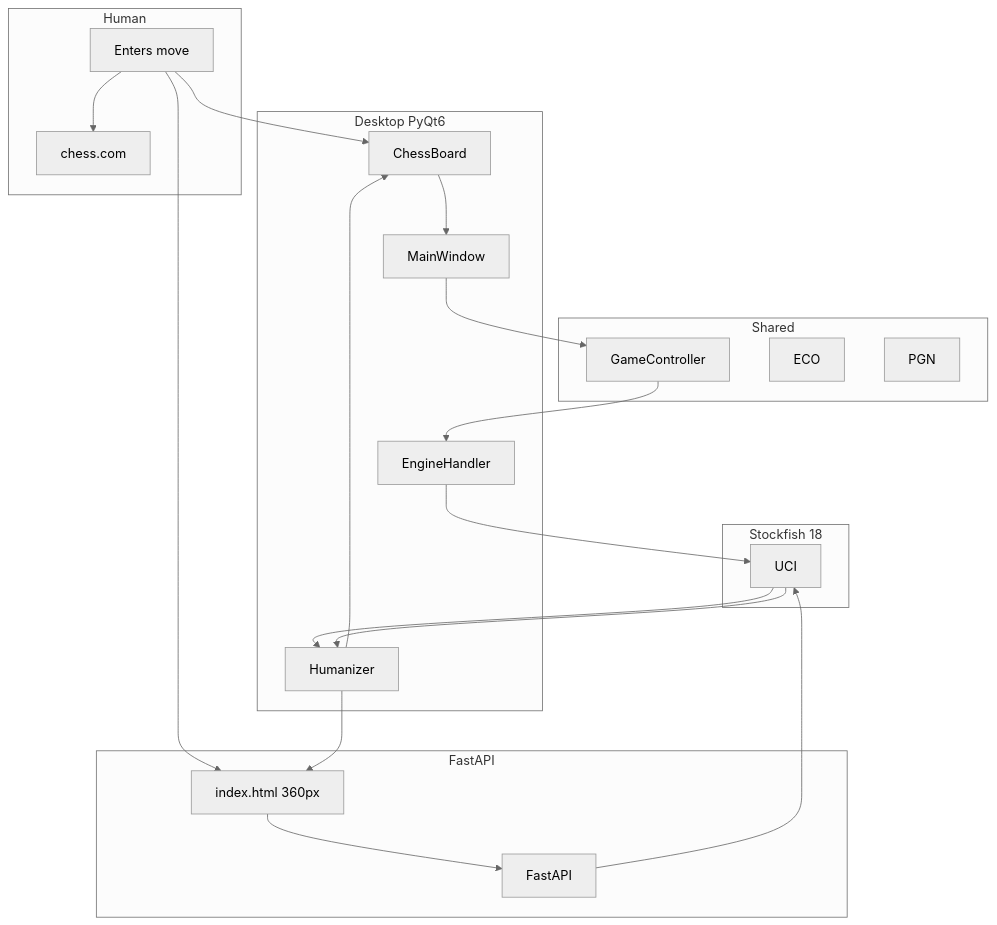
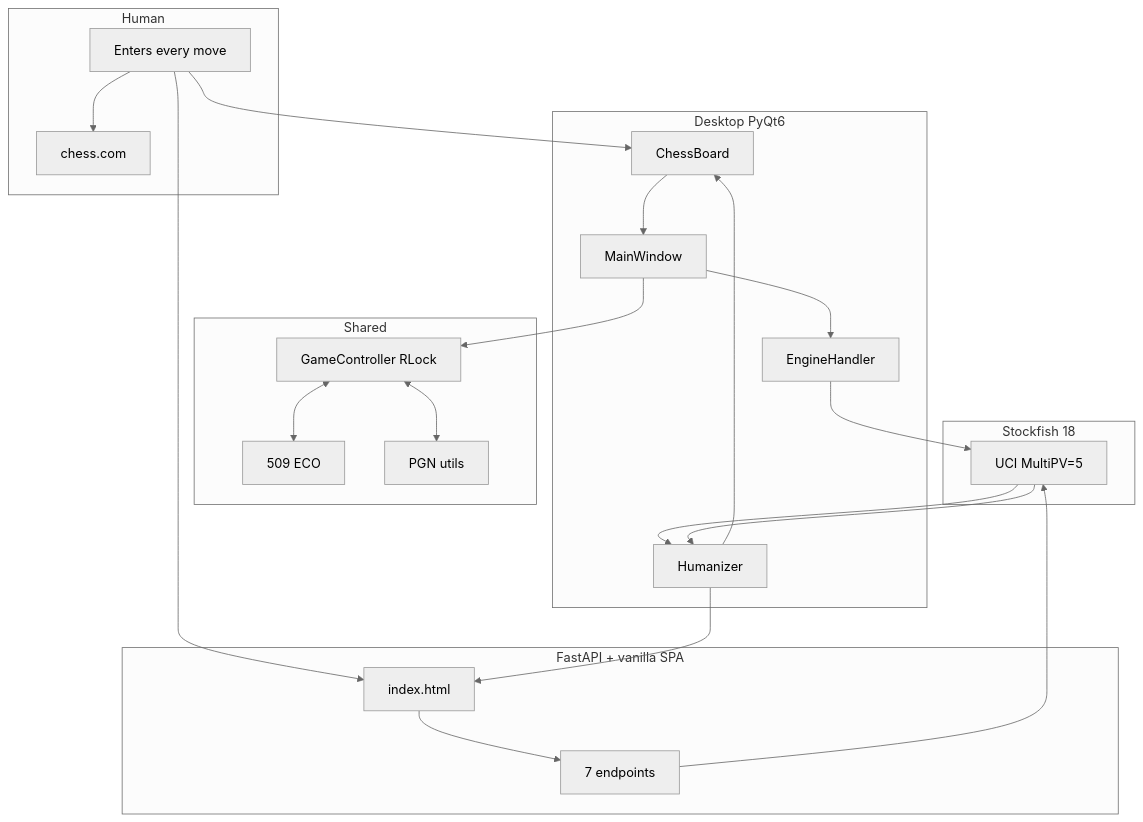
One commit to krsnaSuraj/chess-coach changed the first of 2 diagrams in ARCHITECTURE.md. Above: the diagram before and after it, drawn with Mermaid (neutral theme). The commit also changed other lines of this file and 38 other files, not shown here.

Commit message:
v0.1.1 major upgrade: stability, modes, pin-to-top, vanilla SPA, render fixes, drag-grab, UI gating, history preview, 194 tests, docs

````diff
--- a/ARCHITECTURE.md
+++ b/ARCHITECTURE.md
@@ -43,30 +51,33 @@
 ```mermaid
 graph TB
     subgraph User[Human]
         B[chess.com]
-        M[Enters move]
+        M[Enters every move]
     end
     subgraph Desktop[Desktop PyQt6]
         CB[ChessBoard]
         MW[MainWindow]
         EH[EngineHandler]
         HZ[Humanizer]
     end
-    subgraph Web[FastAPI]
-        FE[index.html 360px]
-        API[FastAPI]
+    subgraph Web[FastAPI + vanilla SPA]
+        FE[index.html]
+        API[7 endpoints]
     end
     subgraph Core[Shared]
-        GC[GameController]
-        ECO[ECO]
-        PGN[PGN]
+        GC[GameController RLock]
+        ECO[509 ECO]
+        PGN[PGN utils]
     end
     subgraph Engine[Stockfish 18]
-        SF[UCI]
+        SF[UCI MultiPV=5]
     end
     M --> B
     M --> CB
     M --> FE
-    CB --> MW --> GC --> EH --> SF --> HZ --> CB
+    CB --> MW --> GC
+    MW --> EH --> SF --> HZ --> CB
     FE --> API --> SF --> HZ --> FE
+    GC <--> ECO
+    GC <--> PGN
 ```
````
